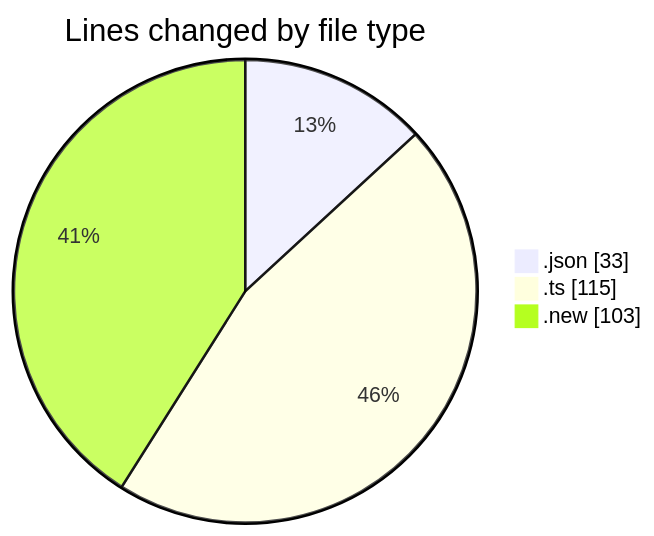
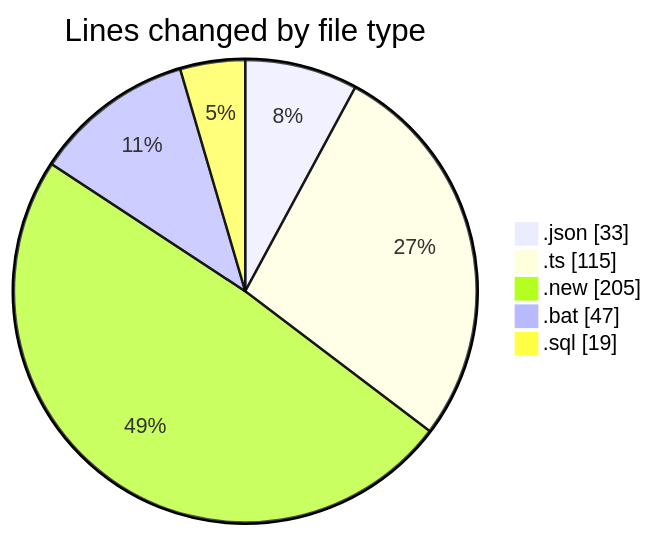
One commit to CELIANVF/code-tracking changed the first of 2 diagrams in 2025-05-20/ecodeli-1/README.md. Above: the diagram before and after it, drawn with Mermaid. The commit also changed other lines of this file and 1 other file, not shown here.

````diff
--- a/2025-05-20/ecodeli-1/README.md
+++ b/2025-05-20/ecodeli-1/README.md
@@ -24,7 +26,9 @@
 ```mermaid
 pie showData
 title Lines changed by file type
 ".json" : 33
 ".ts" : 115
-".new" : 103
+".new" : 205
+".bat" : 47
+".sql" : 19
 ```
````
